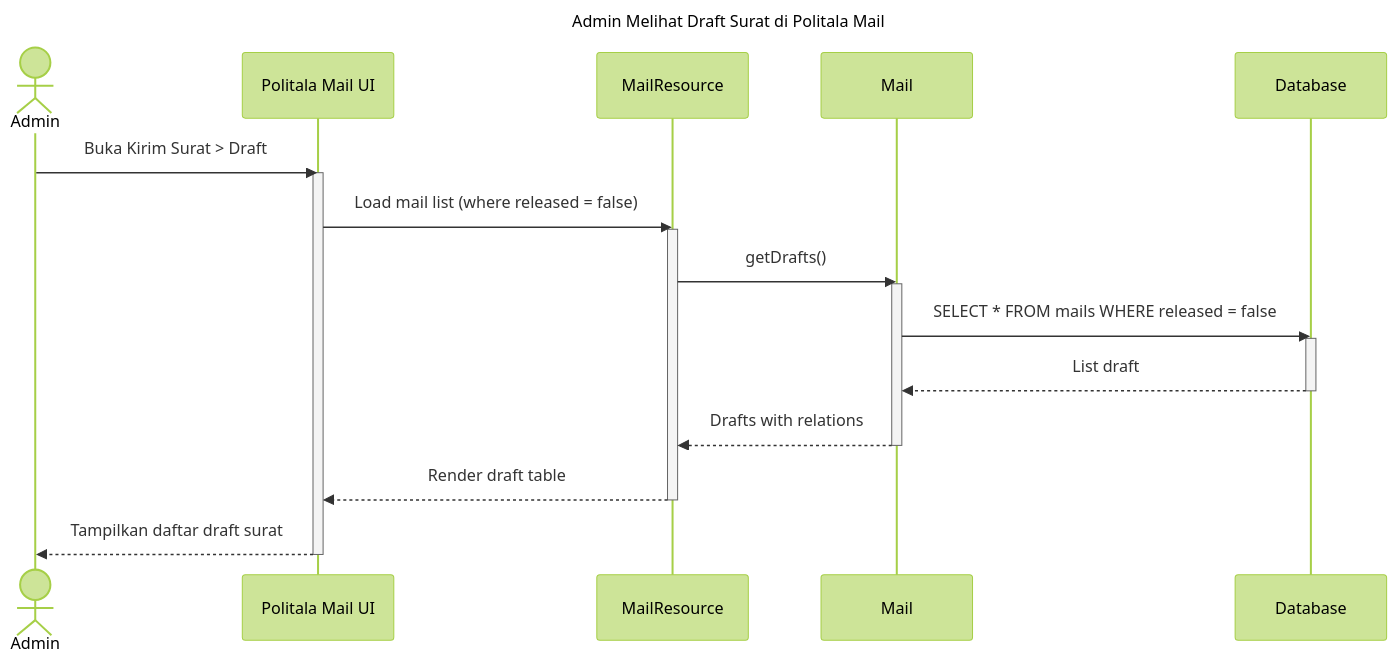
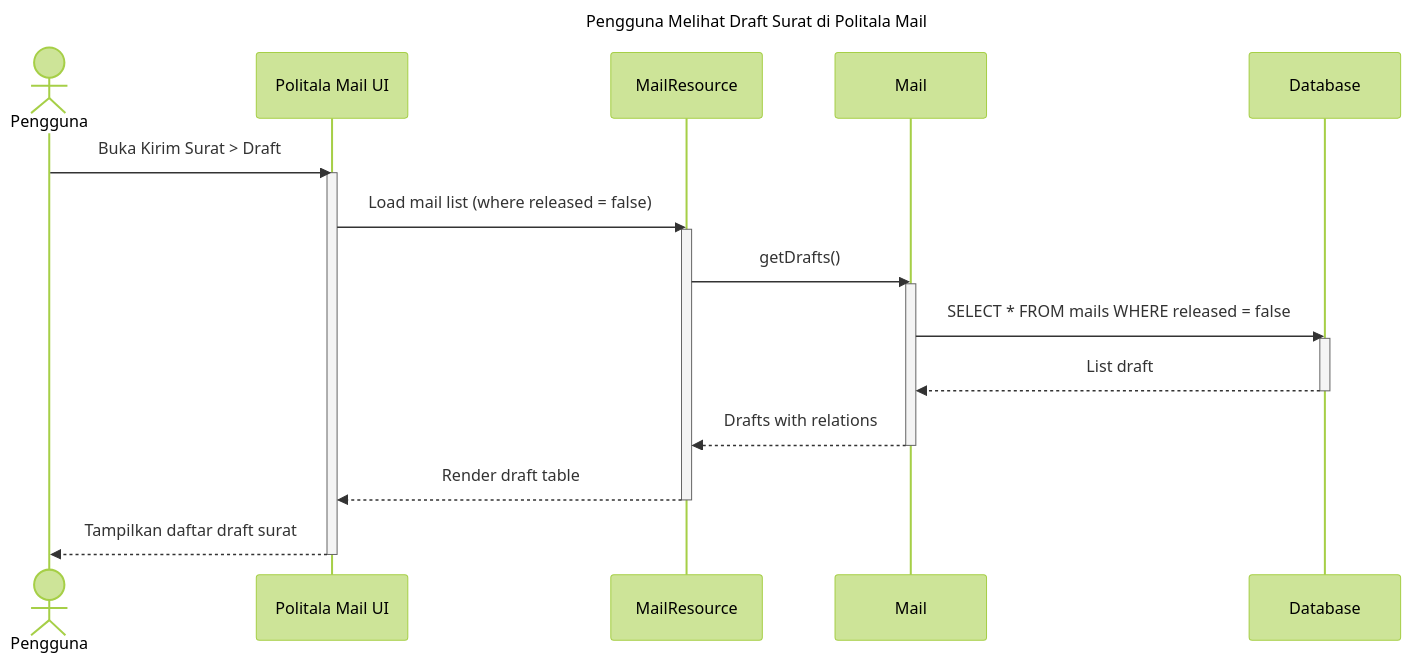
One commit to davidhadinugroho24601/UML-politala-mail changed the diagram in Manage Sent Mails/read draft.md. Above: the diagram before and after it, drawn with Mermaid (forest theme). The commit also changed 8 other files, not shown here.

````diff
--- a/Manage Sent Mails/read draft.md
+++ b/Manage Sent Mails/read draft.md
@@ -1,30 +1,30 @@
 ```mermaid
 
 sequenceDiagram
-    title Admin Melihat Draft Surat di Politala Mail
+    title Pengguna Melihat Draft Surat di Politala Mail
 
-    actor Admin
+    actor Pengguna
     participant FilamentUI as Politala Mail UI
     participant MailResource
     participant MailModel as Mail
     participant DB as Database
 
-    Admin ->> FilamentUI: Buka Kirim Surat > Draft
+    Pengguna ->> FilamentUI: Buka Kirim Surat > Draft
     activate FilamentUI
     FilamentUI ->> MailResource: Load mail list (where released = false)
     activate MailResource
     MailResource ->> MailModel: getDrafts()
     activate MailModel
     MailModel ->> DB: SELECT * FROM mails WHERE released = false
     activate DB
     DB -->> MailModel: List draft
     deactivate DB
     MailModel -->> MailResource: Drafts with relations
     deactivate MailModel
     MailResource -->> FilamentUI: Render draft table
     deactivate MailResource
-    FilamentUI -->> Admin: Tampilkan daftar draft surat
+    FilamentUI -->> Pengguna: Tampilkan daftar draft surat
     deactivate FilamentUI
 
 
 ```
````
